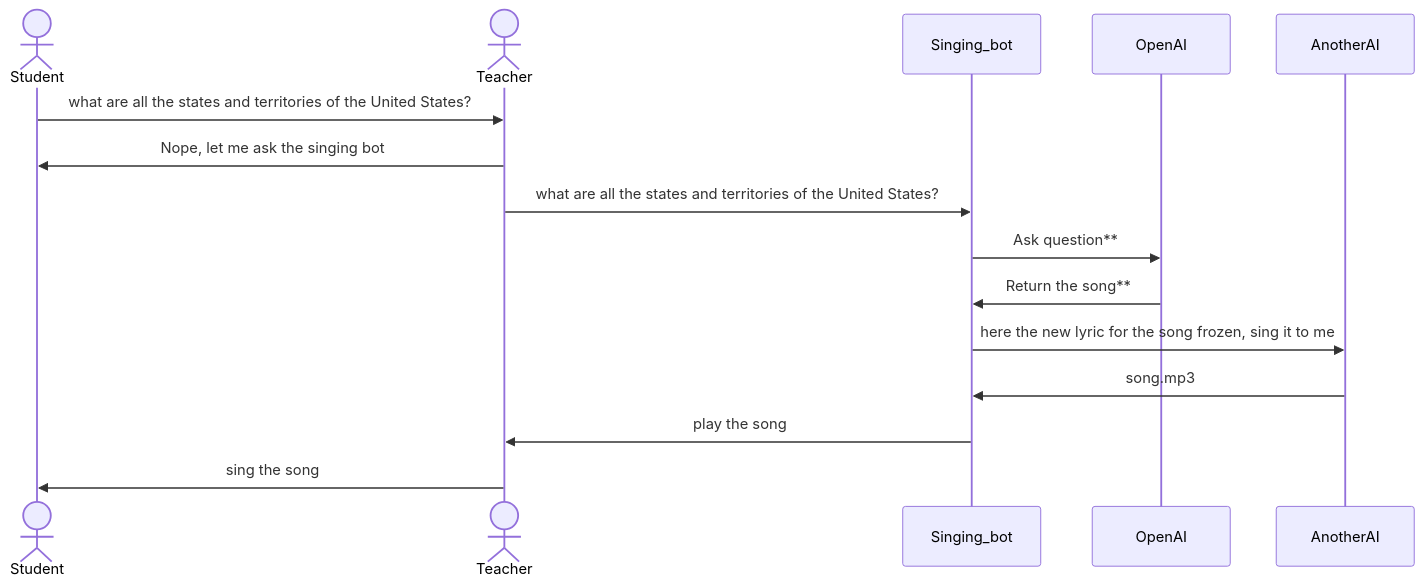
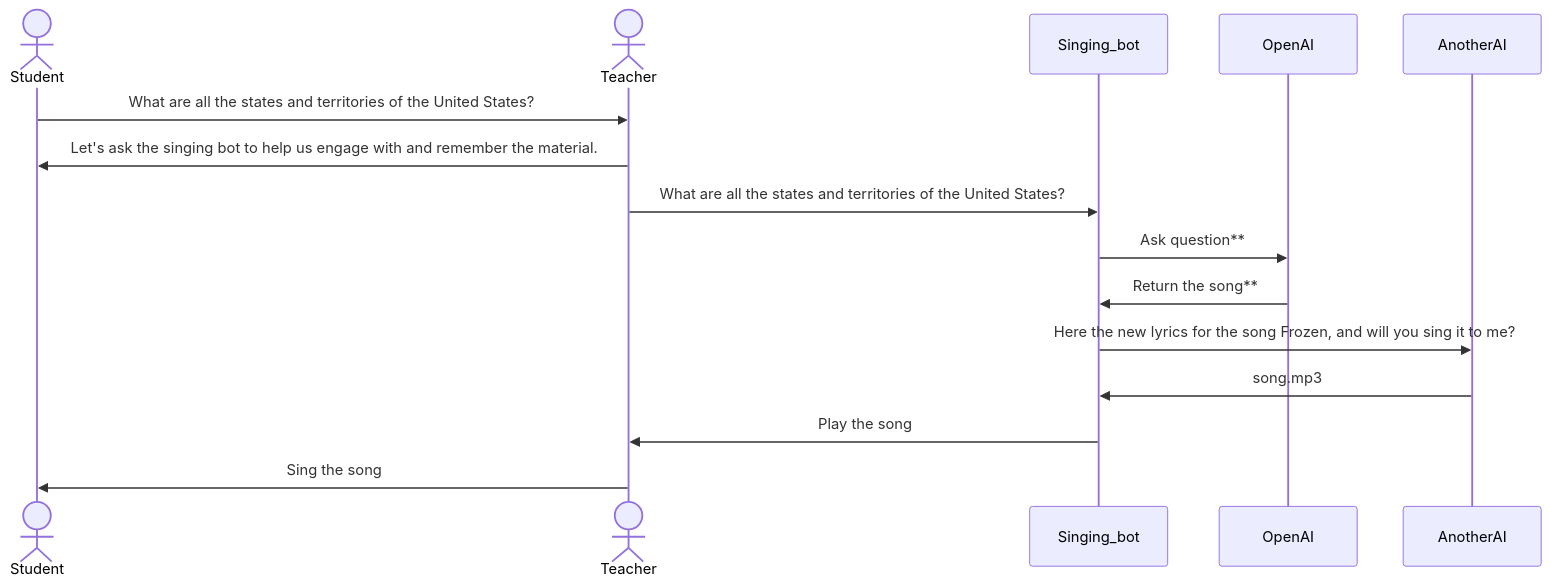
One commit to Robotics2024/singing-bot changed the diagram in README.md. Above: the diagram before and after it, drawn with Mermaid.

Commit message:
Update README.md
Grammer

````diff
--- a/README.md
+++ b/README.md
@@ -23,15 +23,15 @@
 ```mermaid
 
 sequenceDiagram
     actor Student
     actor Teacher
-    Student->>Teacher: what are all the states and territories of the United States?
-    Teacher->>Student: Nope, let me ask the singing bot
-    Teacher->>Singing_bot: what are all the states and territories of the United States?
+    Student->>Teacher: What are all the states and territories of the United States?
+    Teacher->>Student: Let's ask the singing bot to help us engage with and remember the material.
+    Teacher->>Singing_bot: What are all the states and territories of the United States?
     Singing_bot->>OpenAI: Ask question**
     OpenAI ->> Singing_bot: Return the song**
-    Singing_bot ->> AnotherAI: here the new lyric for the song frozen, sing it to me 
+    Singing_bot ->> AnotherAI: Here the new lyrics for the song Frozen, and will you sing it to me?
     AnotherAI ->> Singing_bot: song.mp3
-    Singing_bot ->> Teacher: play the song
-    Teacher ->> Student: sing the song
+    Singing_bot ->> Teacher: Play the song
+    Teacher ->> Student: Sing the song
 ```
````
